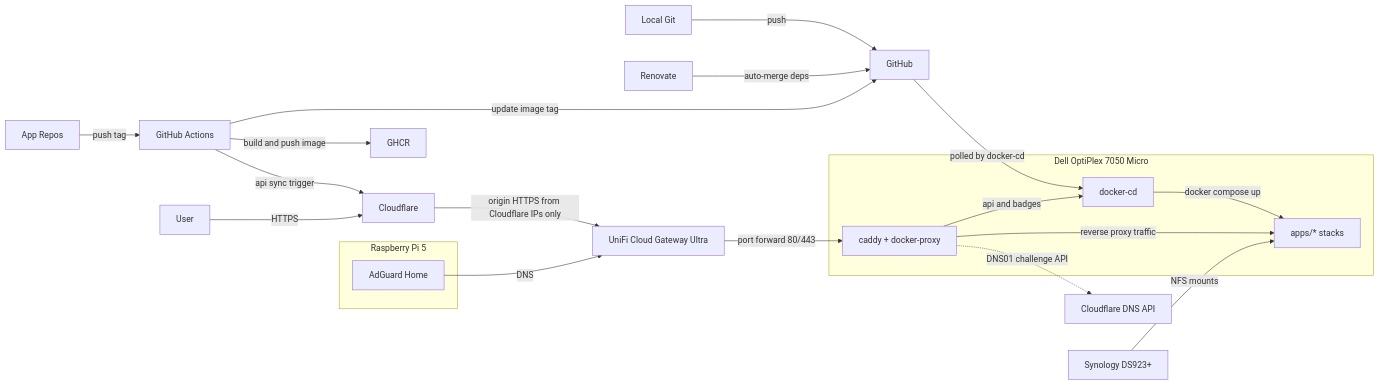
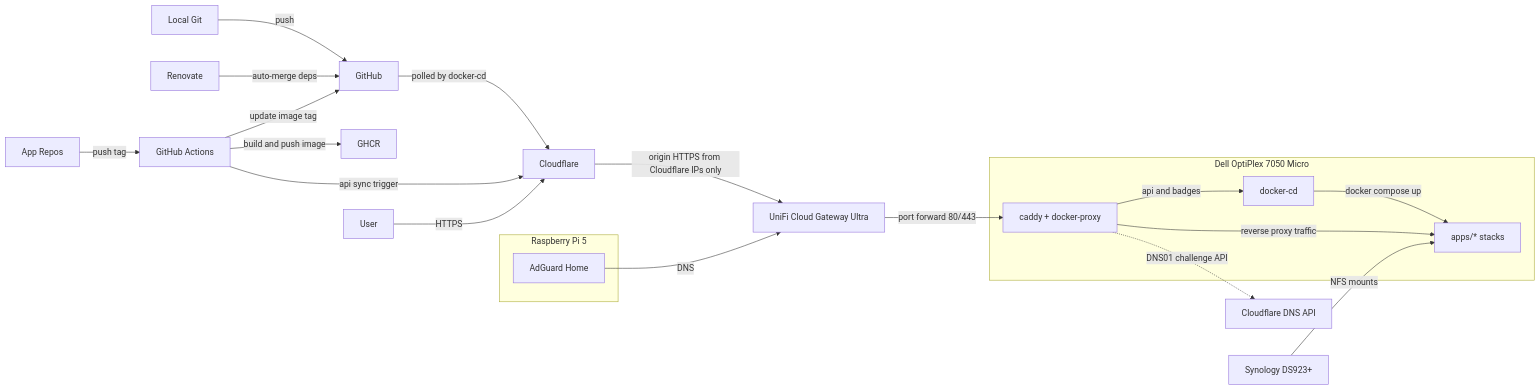
Before and after one commit to wajeht/home-ops: the diagram in README.md, drawn with Mermaid.

Commit message:
docs: update architecture diagram to reflect cloudflare

````diff
--- a/README.md
+++ b/README.md
@@ -16,31 +16,31 @@
 ```mermaid
 flowchart LR
     subgraph dell[Dell OptiPlex 7050 Micro]
         docker_cd[docker-cd]
         caddy[caddy + docker-proxy]
         apps[apps/* stacks]
     end
 
     subgraph pi[Raspberry Pi 5]
         adguard[AdGuard Home]
     end
 
     local_git[Local Git] -->|push| github[GitHub]
     app_repo[App Repos] -->|push tag| actions[GitHub Actions]
     renovate[Renovate] -->|auto-merge deps| github
     actions -->|build and push image| ghcr[GHCR]
     actions -->|update image tag| github
-    github -->|polled by docker-cd| docker_cd
+    github -->|polled by docker-cd| cloudflare[Cloudflare]
     actions -->|api sync trigger| cloudflare
 
     user[User] -->|HTTPS| cloudflare[Cloudflare]
     cloudflare -->|origin HTTPS from Cloudflare IPs only| unifi[UniFi Cloud Gateway Ultra]
     adguard -->|DNS| unifi
 
     docker_cd -->|docker compose up| apps
     caddy -->|reverse proxy traffic| apps
     caddy -->|api and badges| docker_cd
     unifi -->|port forward 80/443| caddy
     caddy -.->|DNS01 challenge API| cloudflare_dns[Cloudflare DNS API]
     nas[Synology DS923+] -->|NFS mounts| apps
 ```
````
